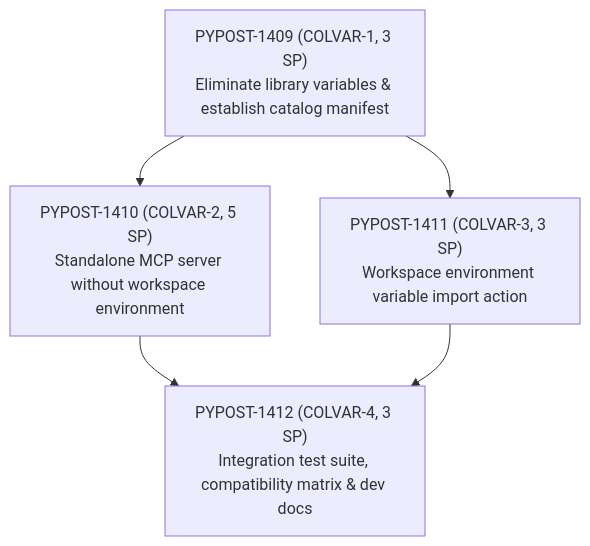
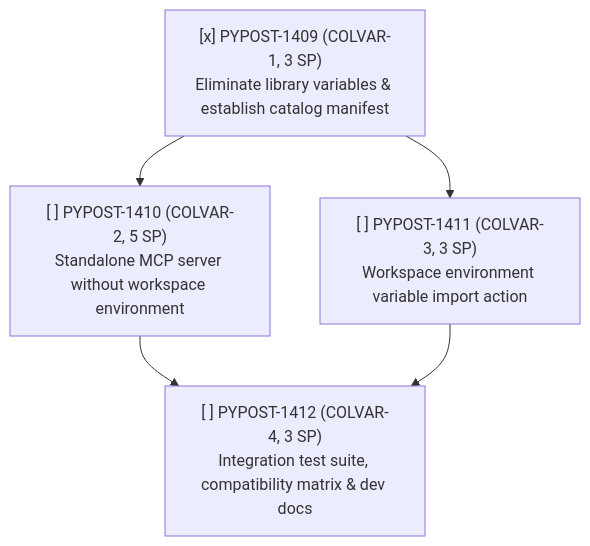
The fifth of 5 diagrams in doc/dev/collection_scoped_variables.md (koctep/pypost), drawn with Mermaid before and after one commit. The commit also changed other lines of this file and 16 other files, not shown here.

First line of the commit message:
feat(library): establish collection-scoped variables and catalog manifest [PYPOST-1409]

````diff
--- a/doc/dev/collection_scoped_variables.md
+++ b/doc/dev/collection_scoped_variables.md
@@ -206,12 +336,12 @@
 ```mermaid
 flowchart TD
-    COLVAR1["PYPOST-1409 (COLVAR-1, 3 SP)<br/>Eliminate library variables & establish catalog manifest"]
-    COLVAR2["PYPOST-1410 (COLVAR-2, 5 SP)<br/>Standalone MCP server without workspace environment"]
-    COLVAR3["PYPOST-1411 (COLVAR-3, 3 SP)<br/>Workspace environment variable import action"]
-    COLVAR4["PYPOST-1412 (COLVAR-4, 3 SP)<br/>Integration test suite, compatibility matrix & dev docs"]
+    COLVAR1["[x] PYPOST-1409 (COLVAR-1, 3 SP)<br/>Eliminate library variables & establish catalog manifest"]
+    COLVAR2["[ ] PYPOST-1410 (COLVAR-2, 5 SP)<br/>Standalone MCP server without workspace environment"]
+    COLVAR3["[ ] PYPOST-1411 (COLVAR-3, 3 SP)<br/>Workspace environment variable import action"]
+    COLVAR4["[ ] PYPOST-1412 (COLVAR-4, 3 SP)<br/>Integration test suite, compatibility matrix & dev docs"]
 
     COLVAR1 --> COLVAR2
     COLVAR1 --> COLVAR3
     COLVAR2 --> COLVAR4
     COLVAR3 --> COLVAR4
 ```
````
